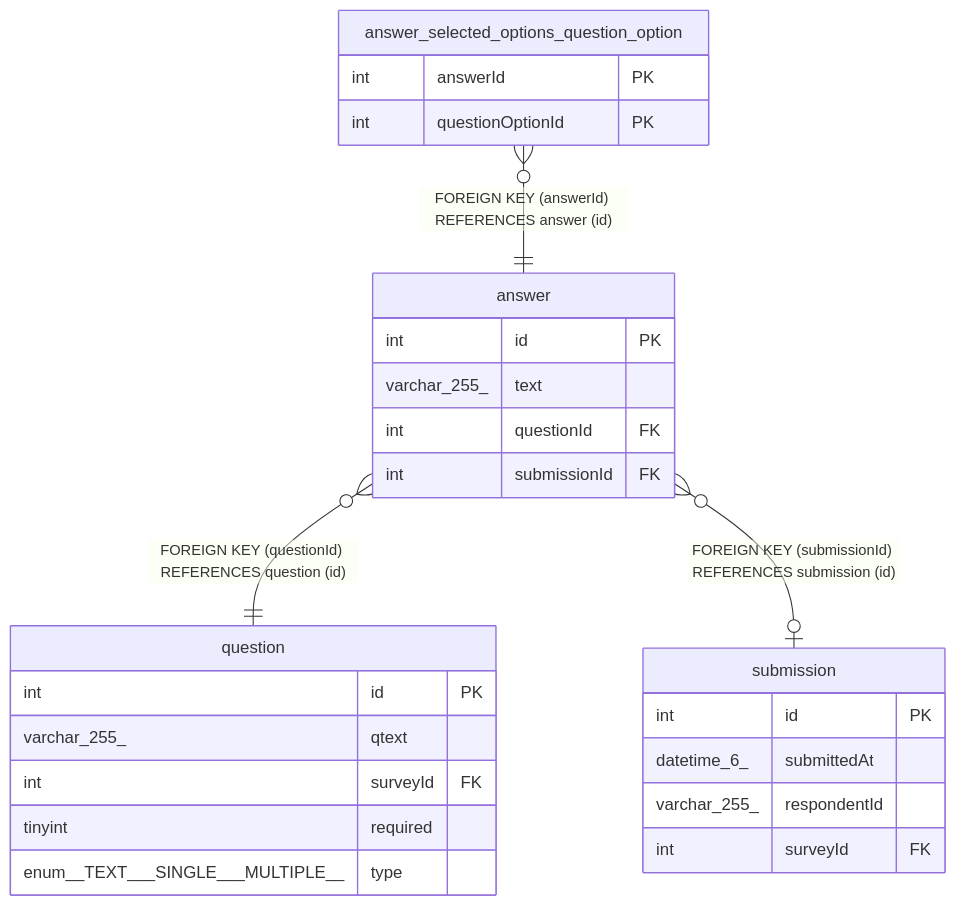
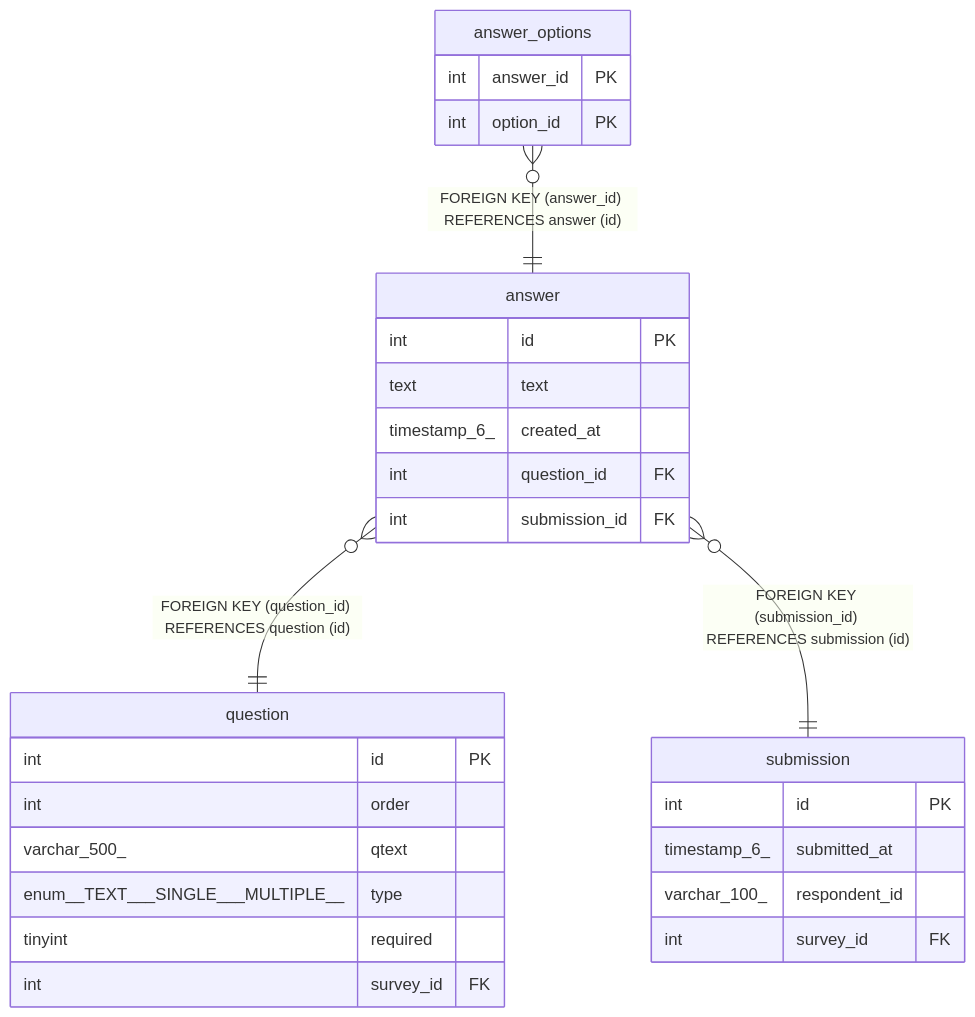
Before and after one commit to BepHblVI/First-nest: the diagram in docs/database/answer.md, drawn with Mermaid. The commit also changed other lines of this file and 47 other files, not shown here.

````diff
--- a/docs/database/answer.md
+++ b/docs/database/answer.md
@@ -51,31 +53,33 @@
 ```mermaid
 erDiagram
 
-"answer_selected_options_question_option" }o--|| "answer" : "FOREIGN KEY (answerId) REFERENCES answer (id)"
-"answer" }o--|| "question" : "FOREIGN KEY (questionId) REFERENCES question (id)"
-"answer" }o--o| "submission" : "FOREIGN KEY (submissionId) REFERENCES submission (id)"
+"answer_options" }o--|| "answer" : "FOREIGN KEY (answer_id) REFERENCES answer (id)"
+"answer" }o--|| "question" : "FOREIGN KEY (question_id) REFERENCES question (id)"
+"answer" }o--|| "submission" : "FOREIGN KEY (submission_id) REFERENCES submission (id)"
 
 "answer" {
   int id PK
-  varchar_255_ text
-  int questionId FK
-  int submissionId FK
+  text text
+  timestamp_6_ created_at
+  int question_id FK
+  int submission_id FK
 }
-"answer_selected_options_question_option" {
-  int answerId PK
-  int questionOptionId PK
+"answer_options" {
+  int answer_id PK
+  int option_id PK
 }
 "question" {
   int id PK
-  varchar_255_ qtext
-  int surveyId FK
+  int order
+  varchar_500_ qtext
+  enum__TEXT___SINGLE___MULTIPLE__ type
   tinyint required
-  enum__TEXT___SINGLE___MULTIPLE__ type
+  int survey_id FK
 }
 "submission" {
   int id PK
-  datetime_6_ submittedAt
-  varchar_255_ respondentId
-  int surveyId FK
+  timestamp_6_ submitted_at
+  varchar_100_ respondent_id
+  int survey_id FK
 }
 ```
````
